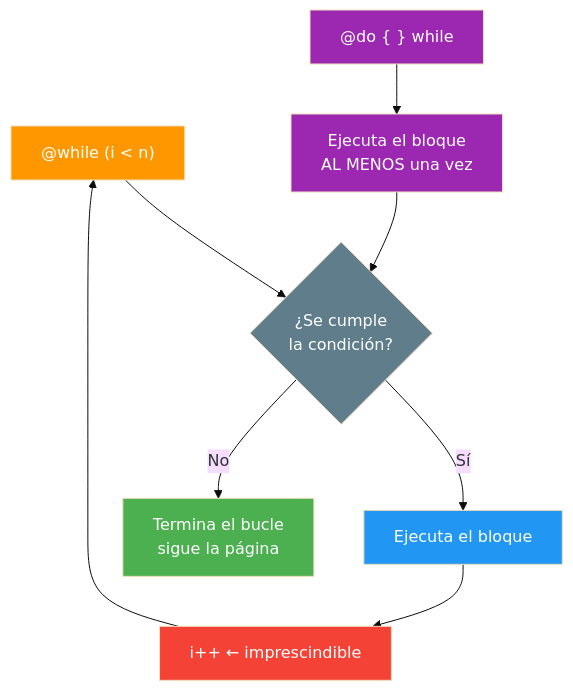
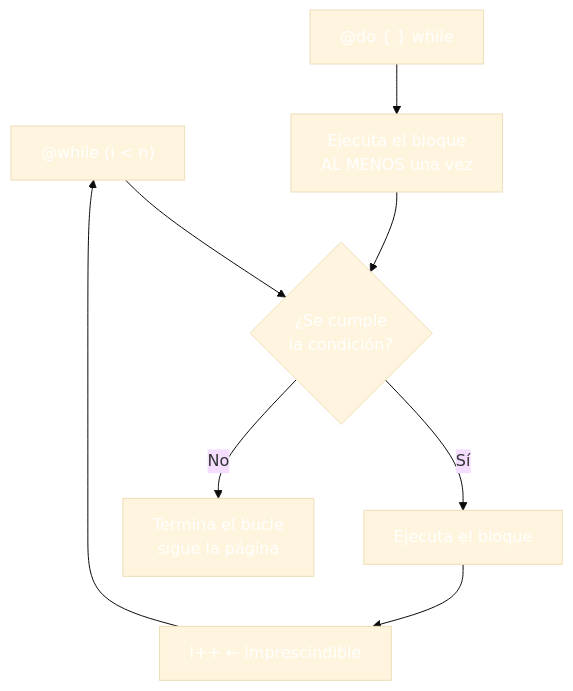
The third of 4 diagrams in 03-estructuras-control.md (joseluisgs/DesarrolloWebEntornosServidor-03-2026-2027), drawn with Mermaid (base theme) before and after one commit. The commit also changed other lines of this file and 30 other files, not shown here.

````diff
--- a/03-estructuras-control.md
+++ b/03-estructuras-control.md
@@ -375,19 +375,19 @@
 ```mermaid
 graph TD
     A["@while (i < n)"] --> B{"¿Se cumple<br/>la condición?"}
     B -->|"Sí"| C["Ejecuta el bloque"]
     C --> D["i++  ← imprescindible"]
     D --> A
     B -->|"No"| E["Termina el bucle<br/>sigue la página"]
 
     F["@do { } while"] --> G["Ejecuta el bloque<br/>AL MENOS una vez"]
     G --> B
 
-    style A fill:#FF9800,color:#fff
-    style B fill:#607D8B,color:#fff
-    style C fill:#2196F3,color:#fff
-    style D fill:#f44336,color:#fff
-    style E fill:#4CAF50,color:#fff
-    style F fill:#9C27B0,color:#fff
-    style G fill:#9C27B0,color:#fff
+    style A fill:#FF980,color:#fff0,color:#fff
+    style B fill:#607D8,color:#fffB,color:#fff
+    style C fill:#2196F,color:#fff3,color:#fff
+    style D fill:#f4433,color:#fff6,color:#fff
+    style E fill:#4CAF5,color:#fff0,color:#fff
+    style F fill:#9C27B,color:#fff0,color:#fff
+    style G fill:#9C27B,color:#fff0,color:#fff
 ```
````
